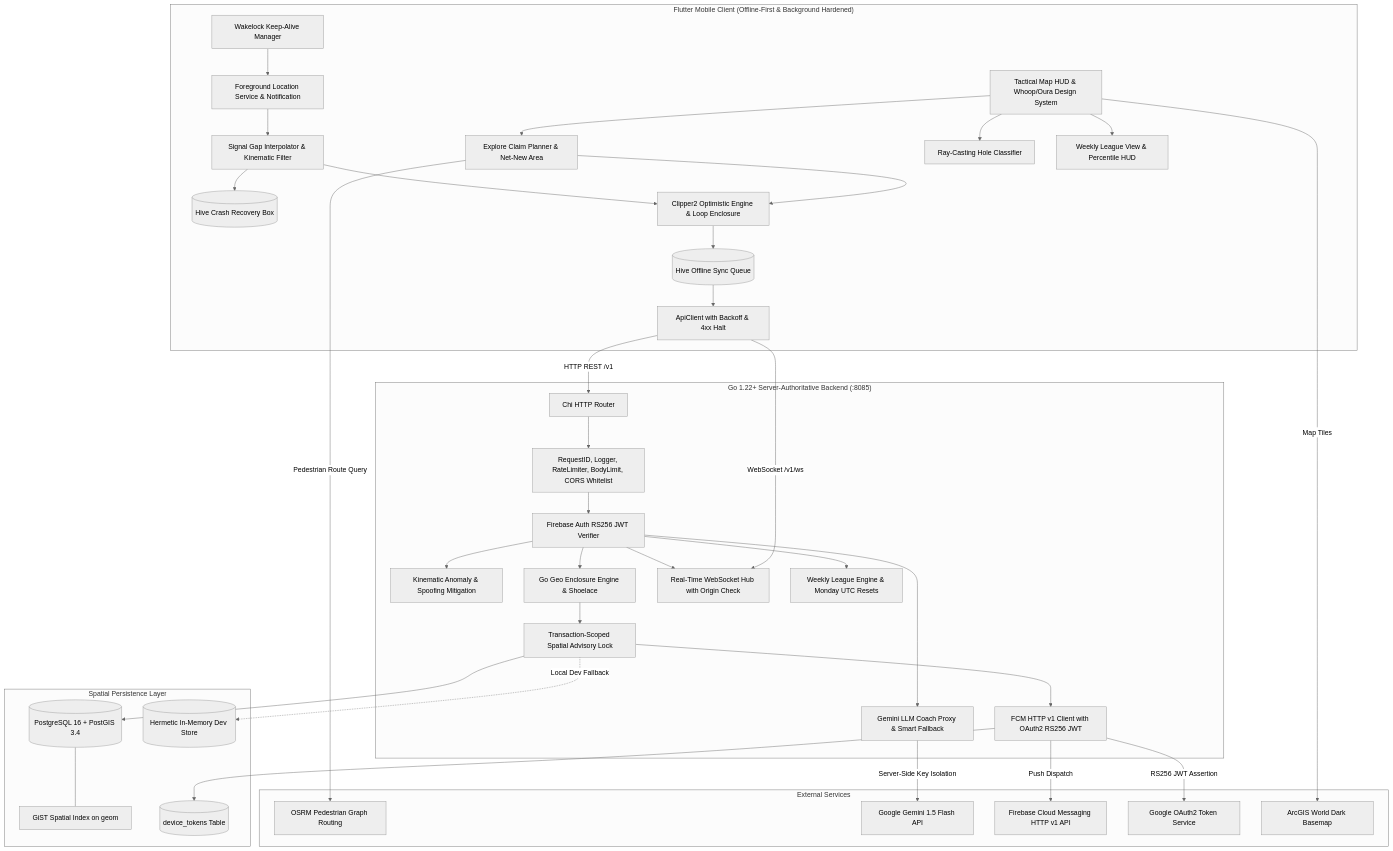
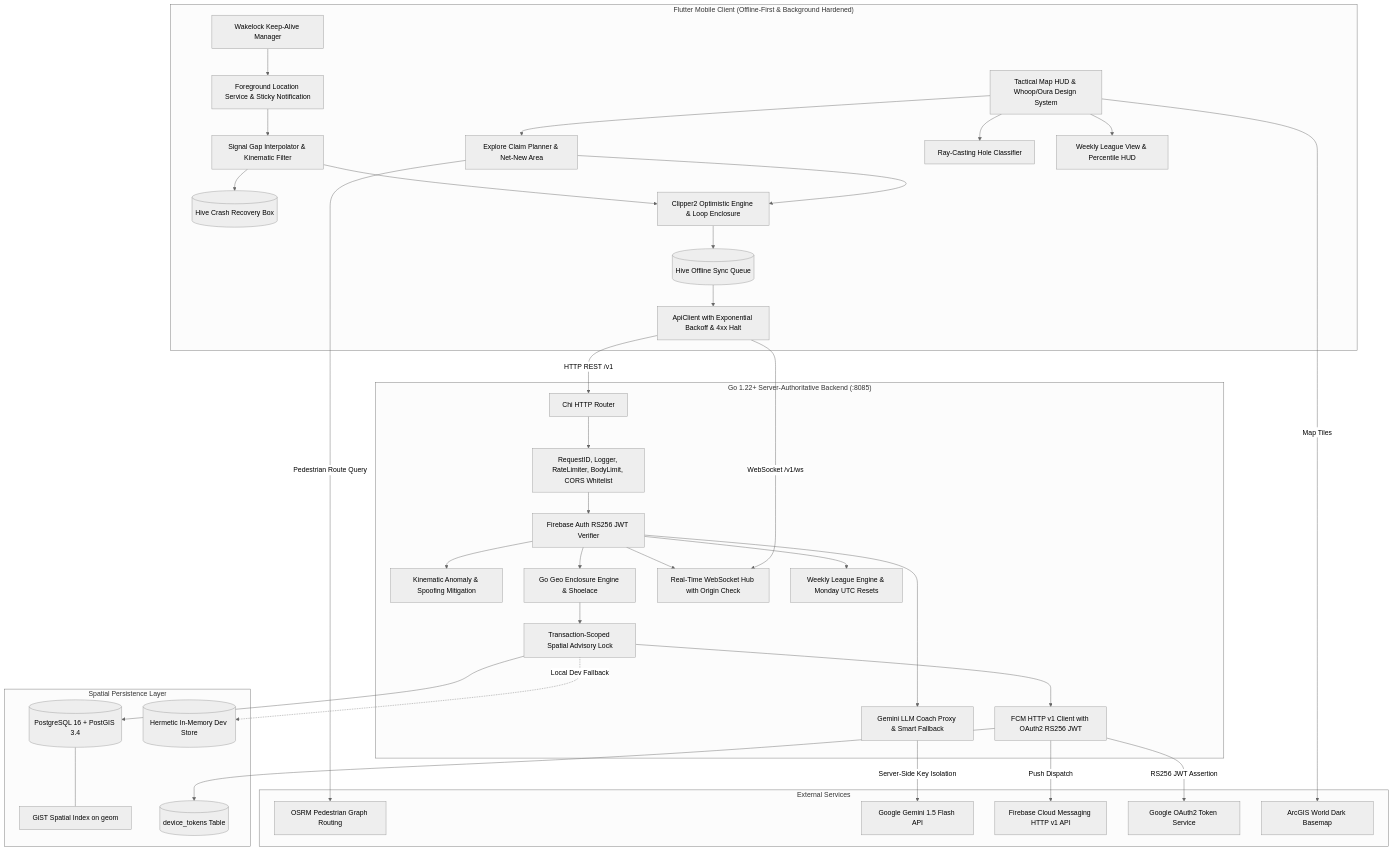
The first of 3 diagrams in README.md (Ayush-00-hui/Territory-Runner-Game), drawn with Mermaid (neutral theme) before and after one commit. The commit also changed other lines of this file, not shown here.

Commit message:
docs(readme): elevate README into comprehensive engineering showcase with diagrams, specifications, math, and FAQ

````diff
--- a/README.md
+++ b/README.md
@@ -77,78 +127,78 @@
 ```mermaid
 graph TD
     subgraph Client ["Flutter Mobile Client (Offline-First & Background Hardened)"]
         UI[Tactical Map HUD & Whoop/Oura Design System]
-        ForegroundService[Foreground Location Service & Notification]
+        ForegroundService[Foreground Location Service & Sticky Notification]
         WakeLockMgr[Wakelock Keep-Alive Manager]
         CrashBox[(Hive Crash Recovery Box)]
         SignalFilter[Signal Gap Interpolator & Kinematic Filter]
         ClaimPlanner[Explore Claim Planner & Net-New Area]
         LocalEngine[Clipper2 Optimistic Engine & Loop Enclosure]
         HiveQueue[(Hive Offline Sync Queue)]
-        ApiClient[ApiClient with Backoff & 4xx Halt]
+        ApiClient[ApiClient with Exponential Backoff & 4xx Halt]
         HoleClassifier[Ray-Casting Hole Classifier]
         LeagueView[Weekly League View & Percentile HUD]
         
         ForegroundService --> SignalFilter
         WakeLockMgr --> ForegroundService
         SignalFilter --> CrashBox
         SignalFilter --> LocalEngine
         UI --> ClaimPlanner
         ClaimPlanner --> LocalEngine
         LocalEngine --> HiveQueue
         HiveQueue --> ApiClient
         UI --> HoleClassifier
         UI --> LeagueView
     end
 
     subgraph Backend ["Go 1.22+ Server-Authoritative Backend (:8085)"]
         ChiRouter[Chi HTTP Router]
         MiddlewareStack[RequestID, Logger, RateLimiter, BodyLimit, CORS Whitelist]
         AuthVerifier[Firebase Auth RS256 JWT Verifier]
         AntiCheat[Kinematic Anomaly & Spoofing Mitigation]
         GoGeoEngine[Go Geo Enclosure Engine & Shoelace]
         AdvisoryLock[Transaction-Scoped Spatial Advisory Lock]
         WSHub[Real-Time WebSocket Hub with Origin Check]
         CoachProxy[Gemini LLM Coach Proxy & Smart Fallback]
         LeagueEngine[Weekly League Engine & Monday UTC Resets]
         FCMSender[FCM HTTP v1 Client with OAuth2 RS256 JWT]
 
         ChiRouter --> MiddlewareStack
         MiddlewareStack --> AuthVerifier
         AuthVerifier --> AntiCheat
         AuthVerifier --> GoGeoEngine
         AuthVerifier --> WSHub
         AuthVerifier --> CoachProxy
         AuthVerifier --> LeagueEngine
         GoGeoEngine --> AdvisoryLock
         AdvisoryLock --> FCMSender
     end
 
     subgraph Persistence ["Spatial Persistence Layer"]
         PostGIS[(PostgreSQL 16 + PostGIS 3.4)]
         GiSTIndex[GiST Spatial Index on geom]
         DeviceTokens[(device_tokens Table)]
         MemStore[(Hermetic In-Memory Dev Store)]
         
         AdvisoryLock --> PostGIS
         PostGIS --- GiSTIndex
         FCMSender --> DeviceTokens
         AdvisoryLock -.->|Local Dev Fallback| MemStore
     end
 
     subgraph External ["External Services"]
         OSRM[OSRM Pedestrian Graph Routing]
         Gemini[Google Gemini 1.5 Flash API]
         FCMService[Firebase Cloud Messaging HTTP v1 API]
         GoogleOAuth[Google OAuth2 Token Service]
         TileServer[ArcGIS World Dark Basemap]
     end
 
     ApiClient -->|HTTP REST /v1| ChiRouter
     ApiClient -->|WebSocket /v1/ws| WSHub
     FCMSender -->|RS256 JWT Assertion| GoogleOAuth
     FCMSender -->|Push Dispatch| FCMService
     ClaimPlanner -->|Pedestrian Route Query| OSRM
     CoachProxy -->|Server-Side Key Isolation| Gemini
     UI -->|Map Tiles| TileServer
 ```
````
